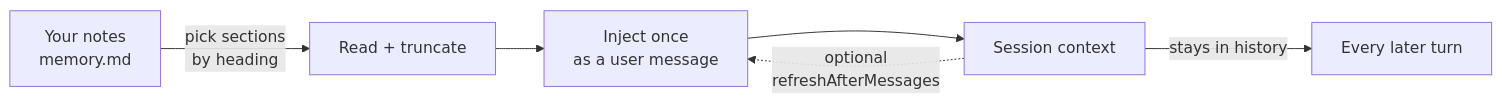
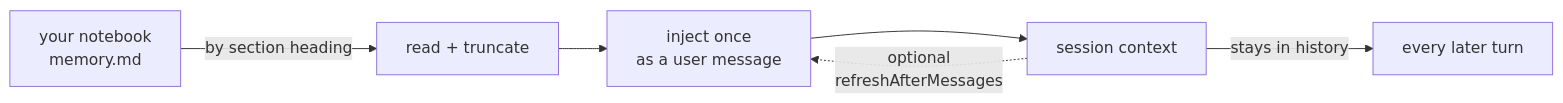
Before and after one commit to IcyDate/ofttold-memory: the diagram in README.en.md, drawn with Mermaid. The commit also changed other lines of this file and 2 other files, not shown here.

````diff
--- a/README.en.md
+++ b/README.en.md
@@ -33,8 +239,8 @@
 ```mermaid
 flowchart LR
-    A[Your notes<br/>memory.md] -->|pick sections<br/>by heading| B[Read + truncate]
-    B --> C[Inject once<br/>as a user message]
-    C --> D[Session context]
-    D -->|stays in history| E[Every later turn]
+    A[your notebook<br/>memory.md] -->|by section heading| B[read + truncate]
+    B --> C[inject once<br/>as a user message]
+    C --> D[session context]
+    D -->|stays in history| E[every later turn]
     D -.->|optional<br/>refreshAfterMessages| C
 ```
````
